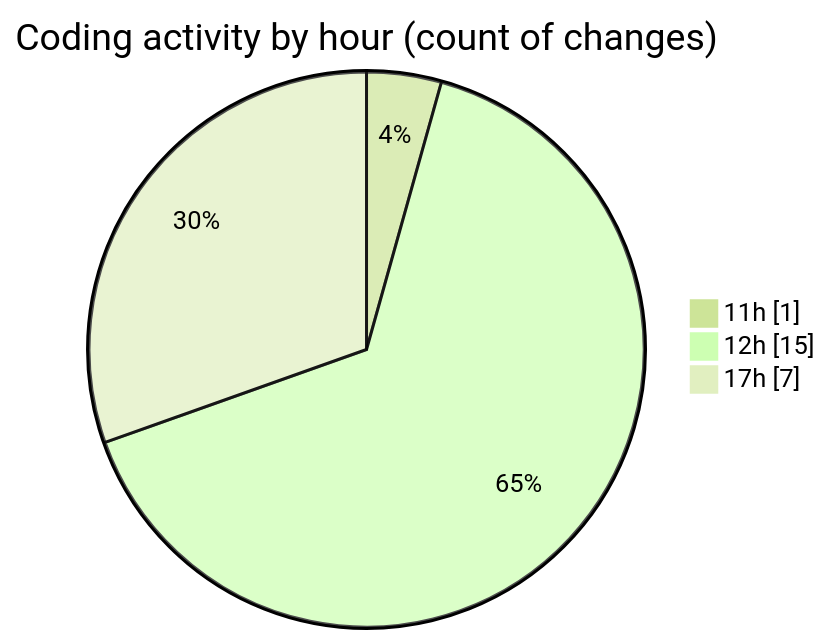
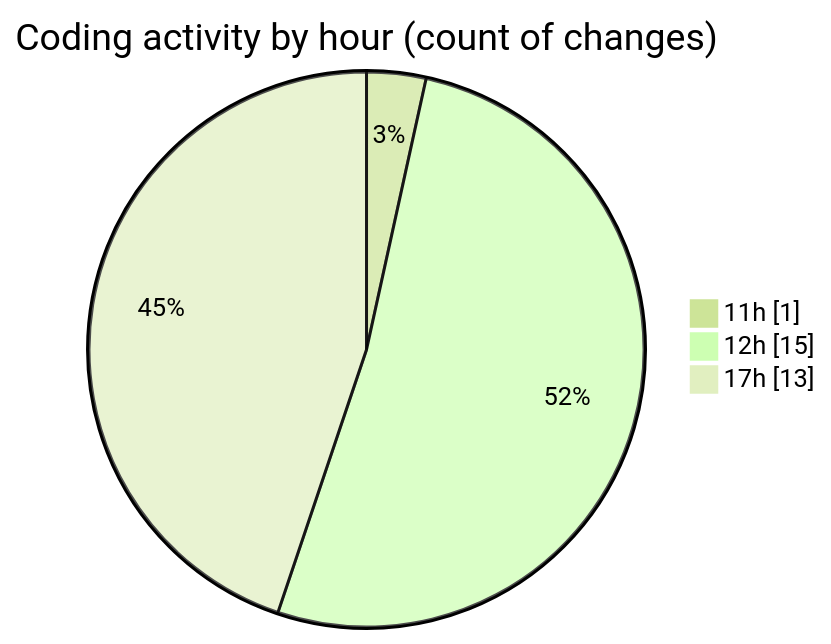
The second of 2 diagrams in 2025-09-04/nxtqube_webapp/README.md (nxtqubesakshisongat/code-tracking), drawn with Mermaid (forest theme) before and after one commit. The commit also changed other lines of this file and 1 other file, not shown here.

````diff
--- a/2025-09-04/nxtqube_webapp/README.md
+++ b/2025-09-04/nxtqube_webapp/README.md
@@ -28,7 +28,7 @@
 ```mermaid
 pie showData
 title Coding activity by hour (count of changes)
 "11h" : 1
 "12h" : 15
-"17h" : 7
+"17h" : 13
 ```
````
